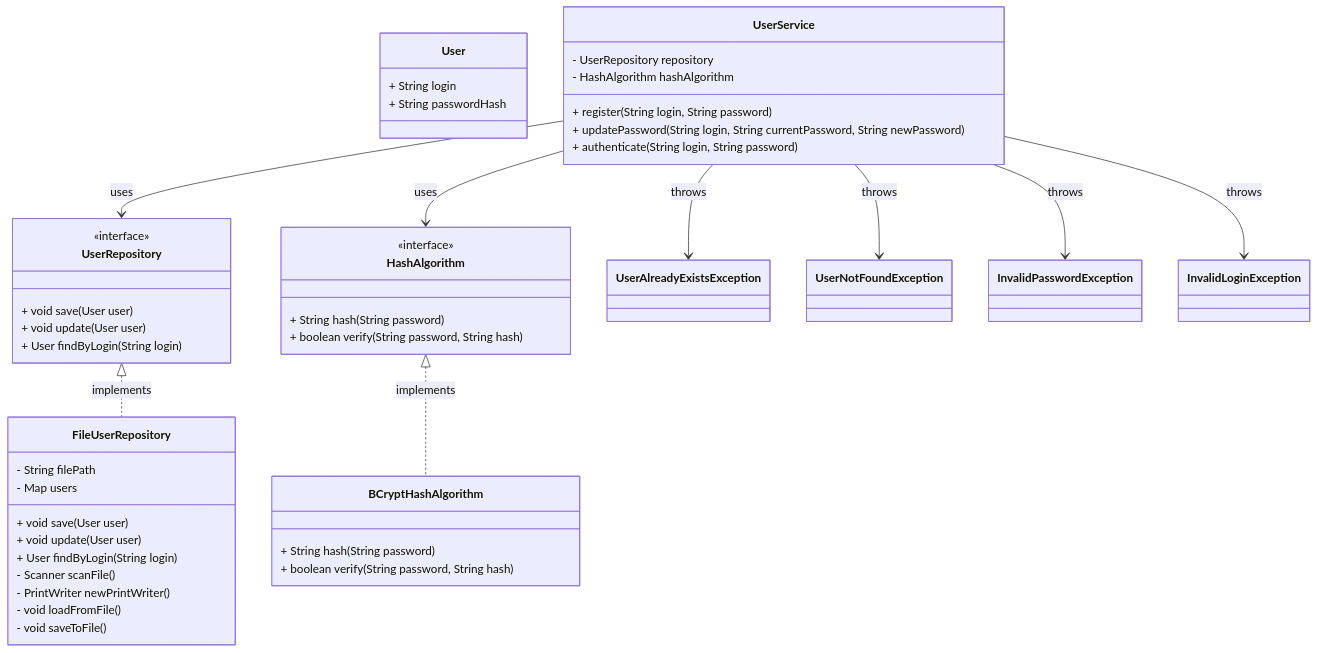
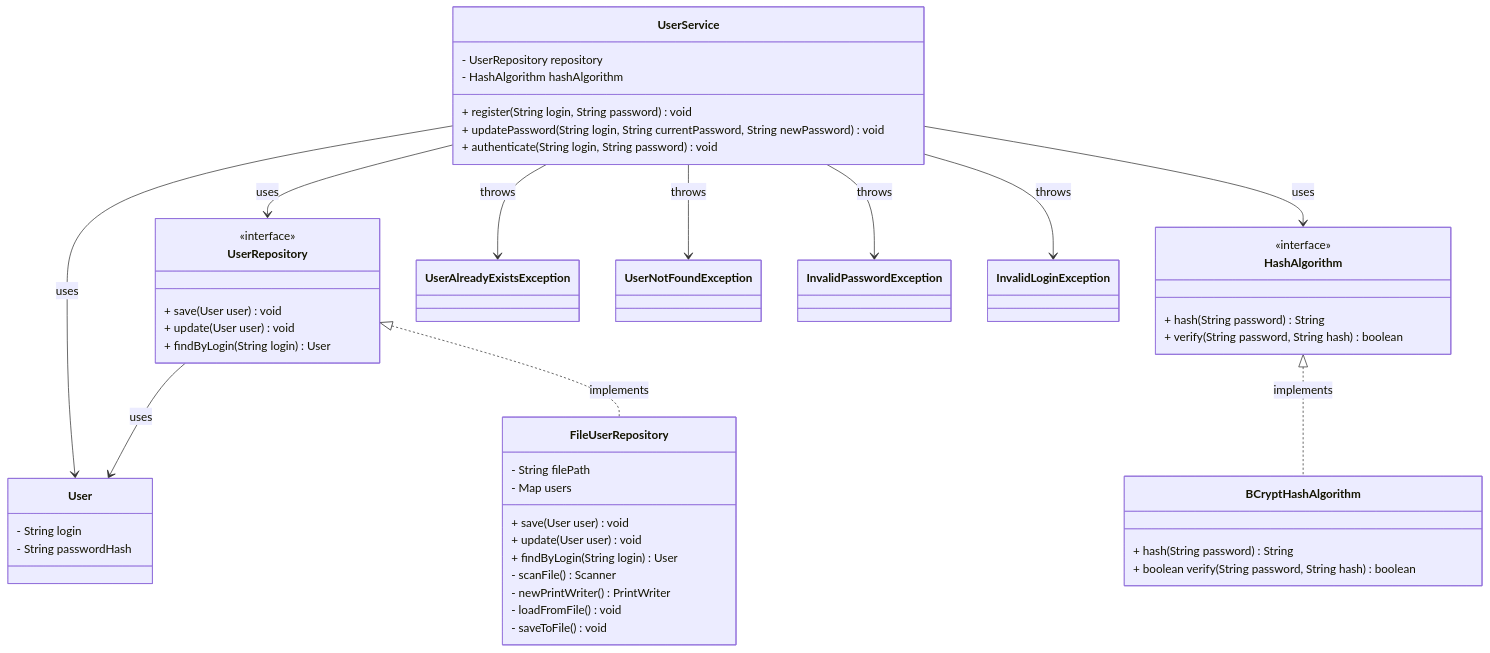
One commit to sioterino/auth-seg-lab changed the diagram in README.md. Above: the diagram before and after it, drawn with Mermaid. The commit also changed other lines of this file and 7 other files, not shown here.

````diff
--- a/README.md
+++ b/README.md
@@ -3,64 +45,69 @@
 ``` mermaid
 classDiagram
 
     class User {
-        + String login
-        + String passwordHash
+        - String login
+        - String passwordHash
     }
 
     class HashAlgorithm {
         <<interface>>
-        + String hash(String password)
-        + boolean verify(String password, String hash)
+        + hash(String password) String
+        + verify(String password, String hash) boolean
     }
 
     class BCryptHashAlgorithm {
-        + String hash(String password)
-        + boolean verify(String password, String hash)
+        + hash(String password) String
+        + boolean verify(String password, String hash) boolean
     }
 
     class UserService {
         - UserRepository repository
         - HashAlgorithm hashAlgorithm
-        + register(String login, String password)
-        + updatePassword(String login, String currentPassword, String newPassword)
-        + authenticate(String login, String password)
+        
+        + register(String login, String password) void
+        + updatePassword(String login, String currentPassword, String newPassword) void
+        + authenticate(String login, String password) void
     }
 
     class UserRepository {
         <<interface>>
-        + void save(User user)
-        + void update(User user)
-        + User findByLogin(String login)
+        + save(User user) void
+        + update(User user) void
+        + findByLogin(String login) User
     }
 
     class FileUserRepository {
         - String filePath
         - Map<String, User> users
-        + void save(User user)
-        + void update(User user)
-        + User findByLogin(String login)
-        - Scanner scanFile()
-        - PrintWriter newPrintWriter()
-        - void loadFromFile()
-        - void saveToFile()
+        
+        + save(User user) void
+        + update(User user) void
+        + findByLogin(String login) User
+        
+        - scanFile() Scanner
+        - newPrintWriter() PrintWriter
+        - loadFromFile() void
+        - saveToFile() void
     }
 
     class UserAlreadyExistsException
     class UserNotFoundException
     class InvalidPasswordException
     class InvalidLoginException
     
     UserService --> UserRepository : uses
     UserService --> HashAlgorithm : uses
+    UserService --> User : uses
+    UserRepository --> User : uses
     
     HashAlgorithm <|.. BCryptHashAlgorithm : implements
     UserRepository <|.. FileUserRepository : implements
     
     UserService --> UserAlreadyExistsException : throws
     UserService --> UserNotFoundException : throws
     UserService --> InvalidPasswordException : throws
     UserService --> InvalidLoginException : throws
 
 
 ```
````
